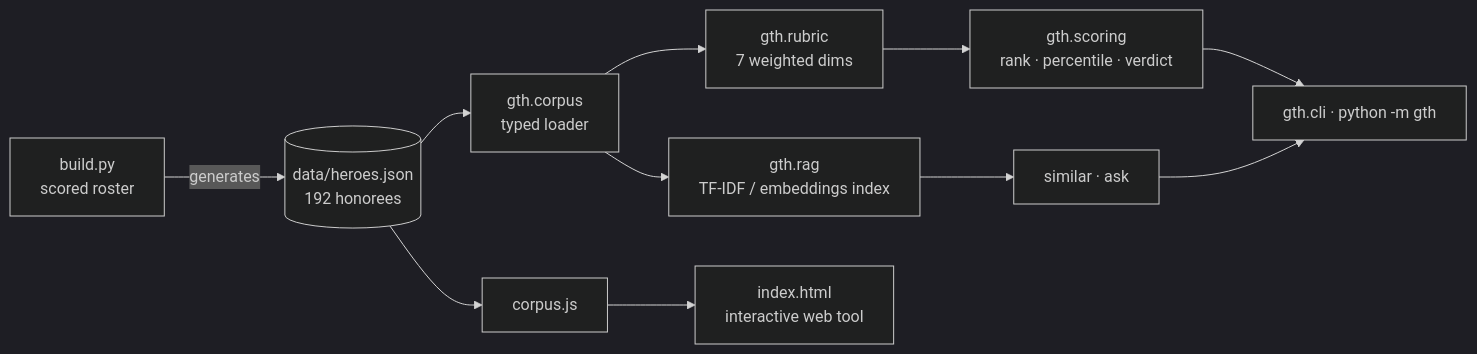
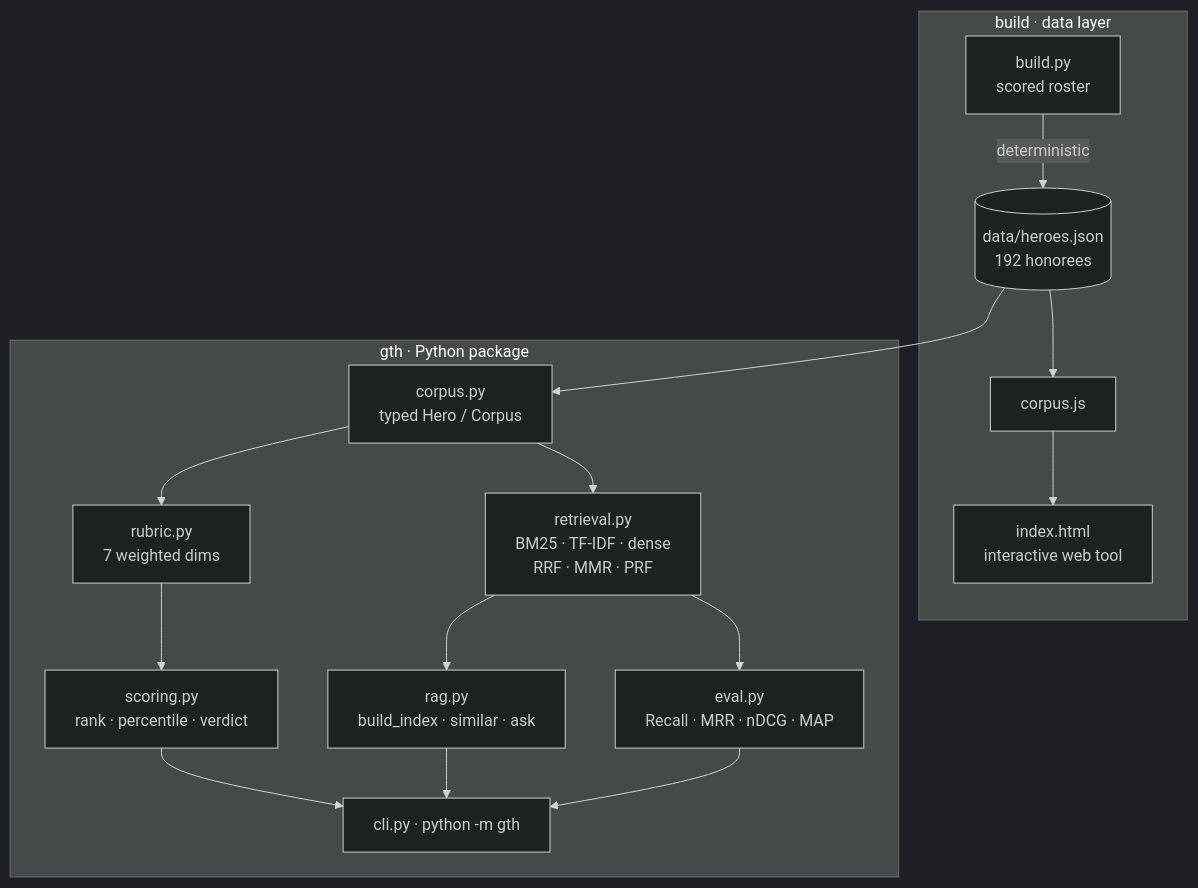
One commit to arjanchaudharyy/glocal-teen-hero-benchmark changed the first of 2 diagrams in README.md. Above: the diagram before and after it, drawn with Mermaid (dark theme). The commit also changed other lines of this file and 7 other files, not shown here.

Commit message:
Add hybrid retrieval engine (BM25 + TF-IDF + optional MiniLM, RRF fusion, MMR rerank, PRF expansion) and IR evaluation harness (Recall/MRR/nDCG/MAP); full stack beats single-retriever baselines; 15 tests; deeply technical README

````diff
--- a/README.md
+++ b/README.md
@@ -23,12 +30,18 @@
 ```mermaid
-flowchart LR
-    A[build.py<br/>scored roster] -->|generates| B[(data/heroes.json<br/>192 honorees)]
-    B --> C[gth.corpus<br/>typed loader]
-    C --> D[gth.rubric<br/>7 weighted dims]
-    C --> E[gth.rag<br/>TF-IDF / embeddings index]
-    D --> F[gth.scoring<br/>rank · percentile · verdict]
-    E --> G[similar · ask]
-    F --> H[gth.cli  ·  python -m gth]
-    G --> H
-    B --> I[corpus.js] --> J[index.html<br/>interactive web tool]
+flowchart TB
+    subgraph build["build · data layer"]
+      A[build.py<br/>scored roster] -->|deterministic| B[(data/heroes.json<br/>192 honorees)]
+      B --> J[corpus.js] --> W[index.html<br/>interactive web tool]
+    end
+    subgraph pkg["gth · Python package"]
+      B --> C[corpus.py<br/>typed Hero / Corpus]
+      C --> R[rubric.py<br/>7 weighted dims]
+      R --> S[scoring.py<br/>rank · percentile · verdict]
+      C --> RE[retrieval.py<br/>BM25 · TF-IDF · dense<br/>RRF · MMR · PRF]
+      RE --> RG[rag.py<br/>build_index · similar · ask]
+      RE --> EV[eval.py<br/>Recall · MRR · nDCG · MAP]
+      S --> CLI[cli.py · python -m gth]
+      RG --> CLI
+      EV --> CLI
+    end
 ```
````
